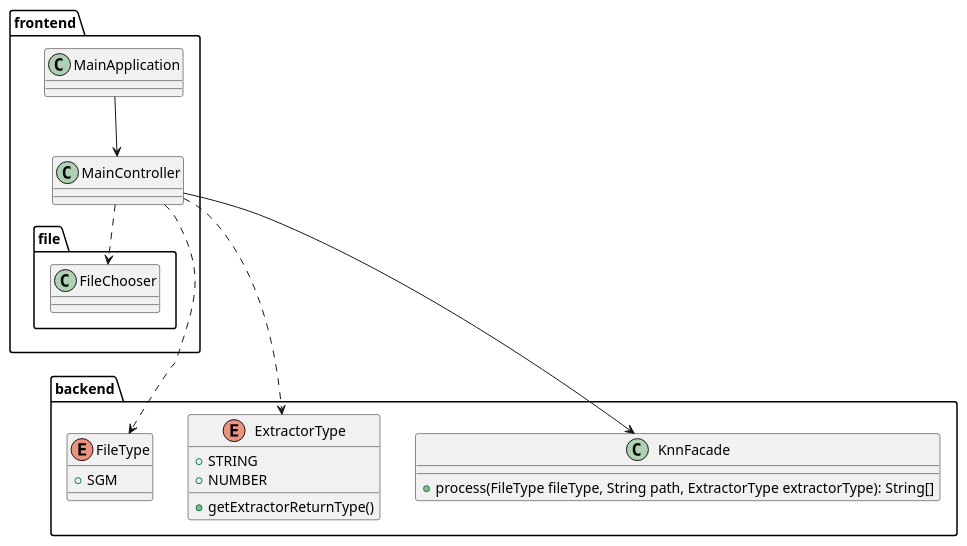
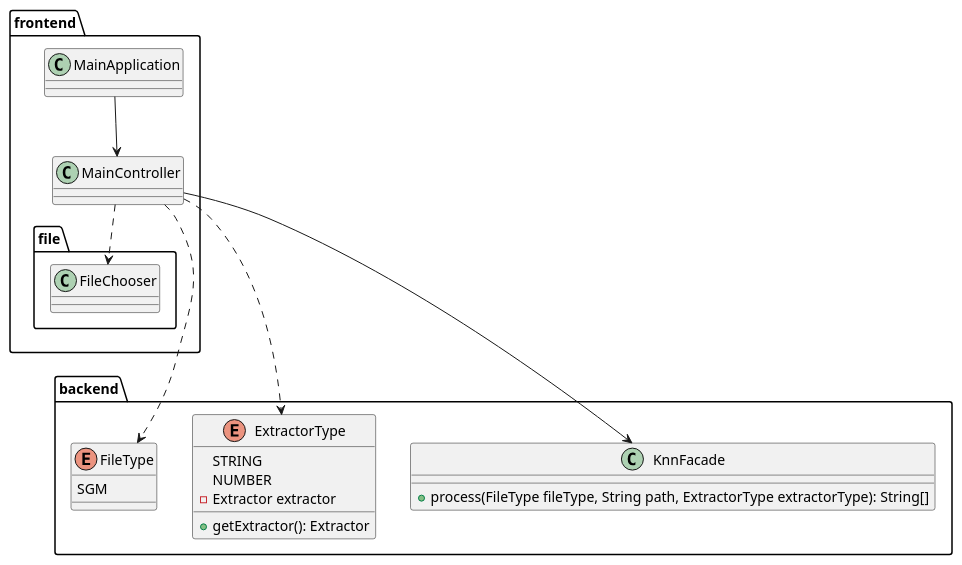
One commit to kambed/Computer-Recognition-Systems changed the first of 2 diagrams in README.md. Above: the diagram before and after it, drawn with PlantUML. The commit also changed other lines of this file and 4 other files, not shown here.

````diff
--- a/README.md
+++ b/README.md
@@ -3,27 +3,28 @@
 ```plantuml
 package frontend {
     class MainApplication
     class MainController
     package file {
         class FileChooser
     }
     MainController ..> FileChooser
     MainApplication --> MainController
 }
 package backend {
     enum FileType {
-        + SGM
+        SGM
     }
     enum ExtractorType {
-        + STRING
-        + NUMBER
-        + getExtractorReturnType()
+        STRING
+        NUMBER
+        - Extractor extractor
+        + getExtractor(): Extractor
     }
     class KnnFacade {
         + process(FileType fileType, String path, ExtractorType extractorType): String[]
     }
 }
 MainController ---> KnnFacade
 MainController ..> FileType
 MainController ..> ExtractorType
 ```
````
